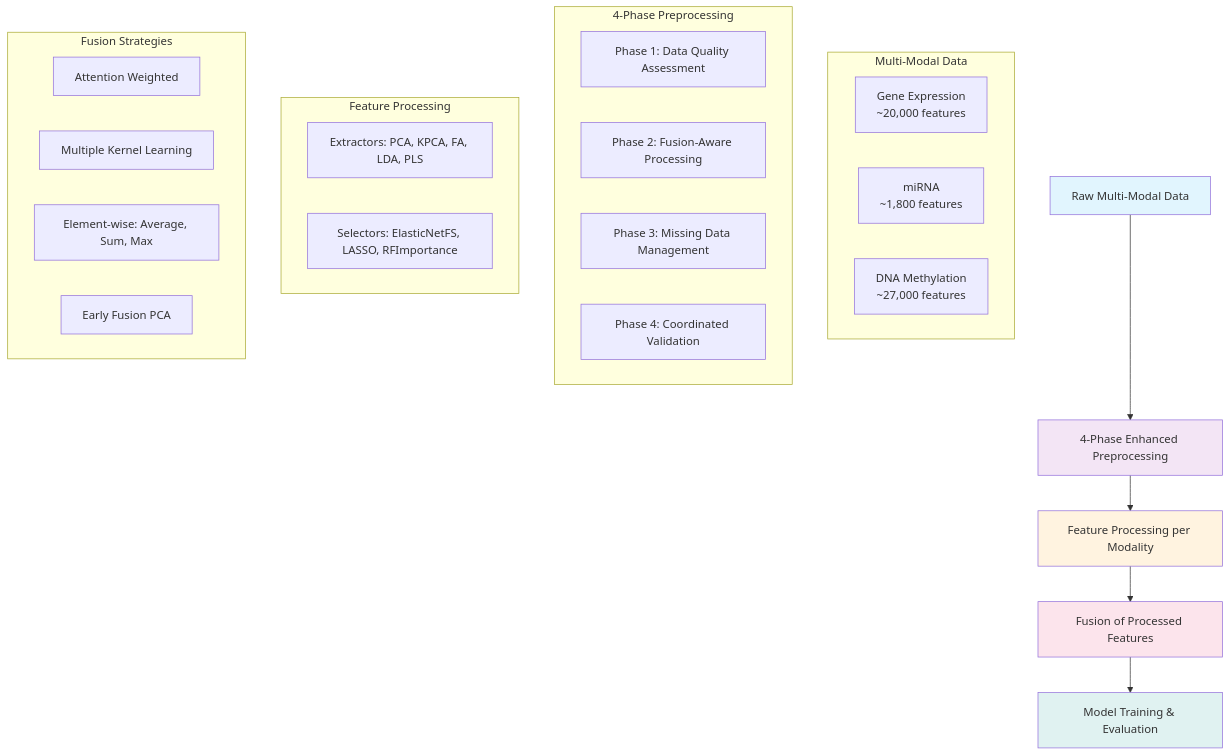
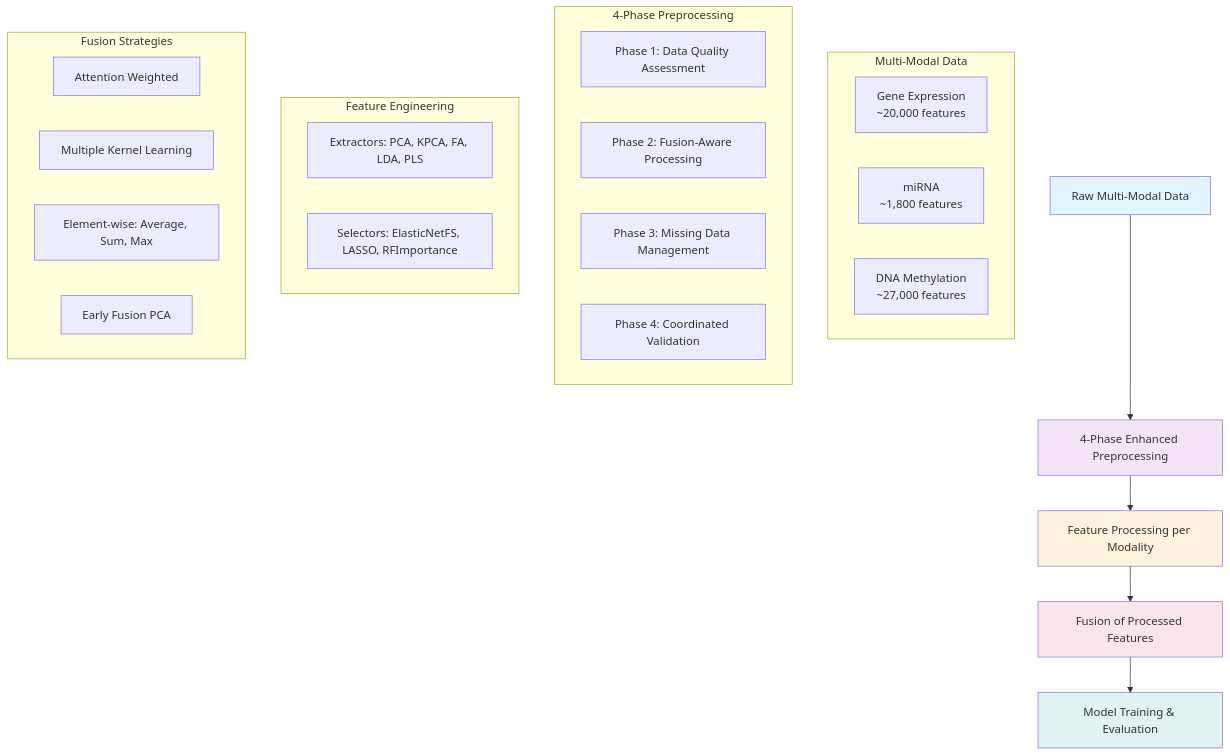
One commit to kpnowak/OUH-Internship-Krzysztof-Nowak changed the diagram in README.md. Above: the diagram before and after it, drawn with Mermaid. The commit also changed other lines of this file and 6 other files, not shown here.

````diff
--- a/README.md
+++ b/README.md
@@ -59,38 +61,38 @@
 ```mermaid
 flowchart TD
     A[Raw Multi-Modal Data] --> B[4-Phase Enhanced Preprocessing]
     B --> C[Feature Processing per Modality]
     C --> D[Fusion of Processed Features]
     D --> E[Model Training & Evaluation]
     
     subgraph "Multi-Modal Data"
         A1[Gene Expression<br/>~20,000 features]
         A2[miRNA<br/>~1,800 features]
         A3[DNA Methylation<br/>~27,000 features]
     end
     
     subgraph "4-Phase Preprocessing"
         B1[Phase 1: Data Quality Assessment]
         B2[Phase 2: Fusion-Aware Processing]
         B3[Phase 3: Missing Data Management]
         B4[Phase 4: Coordinated Validation]
     end
     
-    subgraph "Feature Processing"
+    subgraph "Feature Engineering"
         C1[Extractors: PCA, KPCA, FA, LDA, PLS]
         C2[Selectors: ElasticNetFS, LASSO, RFImportance]
     end
     
     subgraph "Fusion Strategies"
         D1[Attention Weighted]
         D2[Multiple Kernel Learning]
         D3[Element-wise: Average, Sum, Max]
         D4[Early Fusion PCA]
     end
     
     style A fill:#e1f5fe
     style B fill:#f3e5f5
     style C fill:#fff3e0
     style D fill:#fce4ec
     style E fill:#e0f2f1
 ```
````
